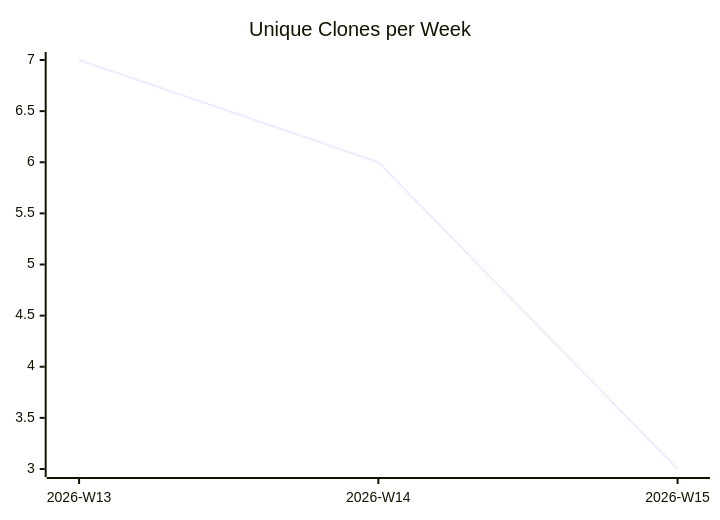
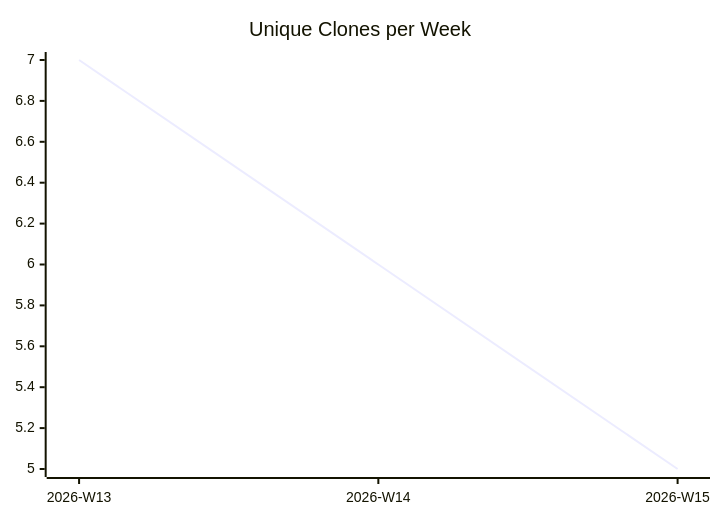
The third of 3 diagrams in karlmdavis/lego-ev3dev-rs/README.md (justdavis-family/github-analytics-data), drawn with Mermaid before and after one commit. The commit also changed other lines of this file and 183 other files, not shown here.

````diff
--- a/karlmdavis/lego-ev3dev-rs/README.md
+++ b/karlmdavis/lego-ev3dev-rs/README.md
@@ -19,6 +19,6 @@
 ```mermaid
 xychart-beta
   title "Unique Clones per Week"
   x-axis ["2026-W13", "2026-W14", "2026-W15"]
-  line [7, 6, 3]
+  line [7, 6, 5]
 ```
````
